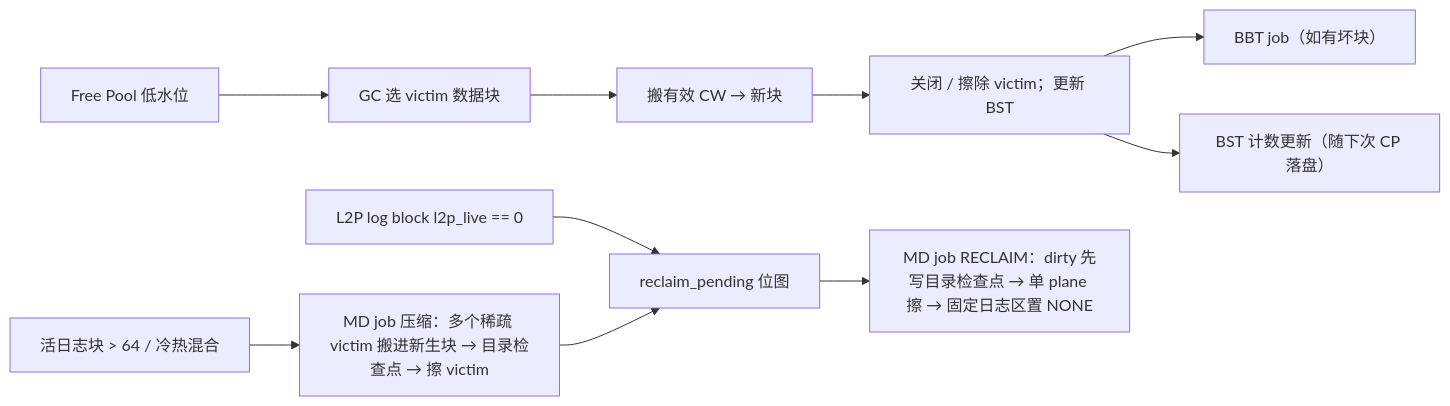
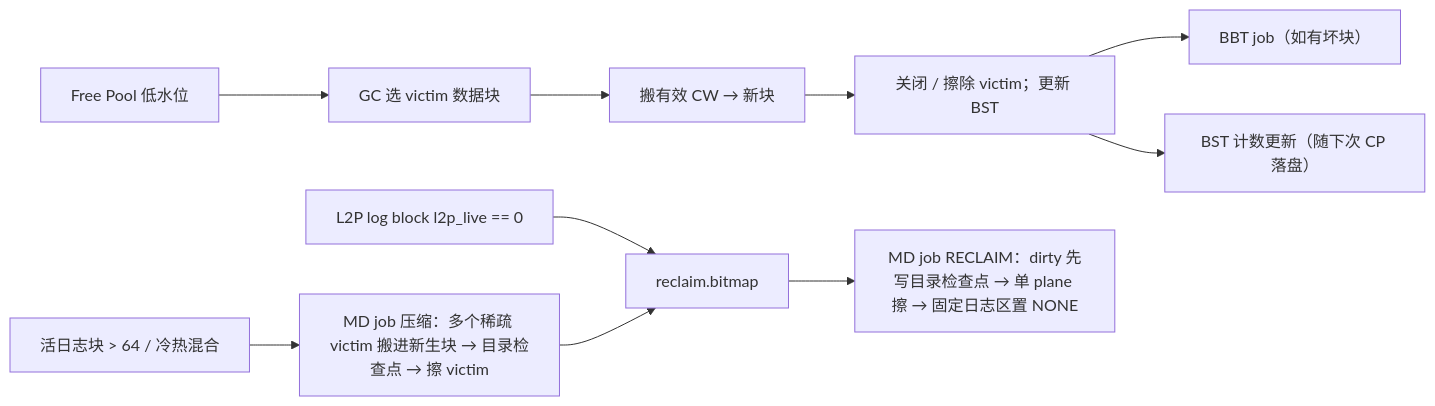
Before and after one commit to YzYMIAO/BASESSD: diagram 12 of 50 in docs/design/ftl_design.md, drawn with Mermaid. The commit also changed other lines of this file and 42 other files, not shown here.

````diff
--- a/docs/design/ftl_design.md
+++ b/docs/design/ftl_design.md
@@ -967,12 +1041,12 @@
 ```mermaid
 flowchart LR
  FP["Free Pool 低水位"] --> GC["GC 选 victim 数据块"]
  GC --> MV["搬有效 CW → 新块"]
  MV --> CL["关闭 / 擦除 victim；更新 BST"]
  CL --> BBTJ["BBT job（如有坏块）"]
  CL --> WJ["BST 计数更新（随下次 CP 落盘）"]
- L2P["L2P log block l2p_live == 0"] --> RP["reclaim_pending 位图"]
+ L2P["L2P log block l2p_live == 0"] --> RP["reclaim.bitmap"]
  RP --> RJ["MD job RECLAIM：dirty 先写目录检查点 → 单 plane 擦 → 固定日志区置 NONE"]
  COLD["活日志块 > 64 / 冷热混合"] --> MC["MD job 压缩：多个稀疏 victim 搬进新生块 → 目录检查点 → 擦 victim"]
  MC --> RP
 ```
````
